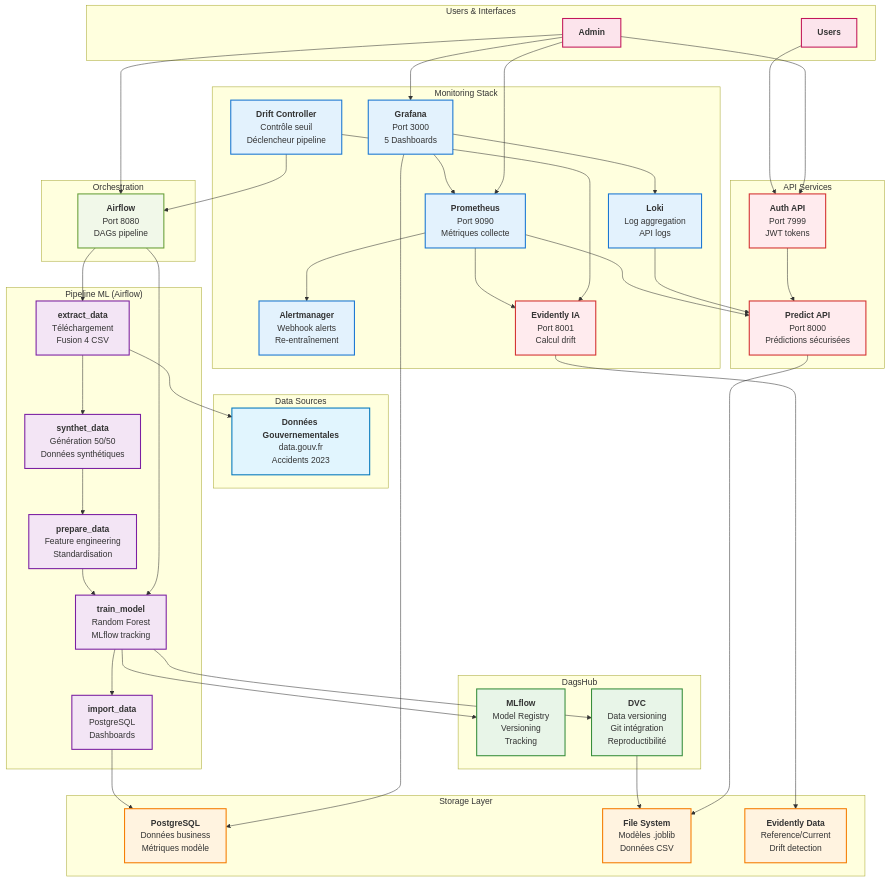
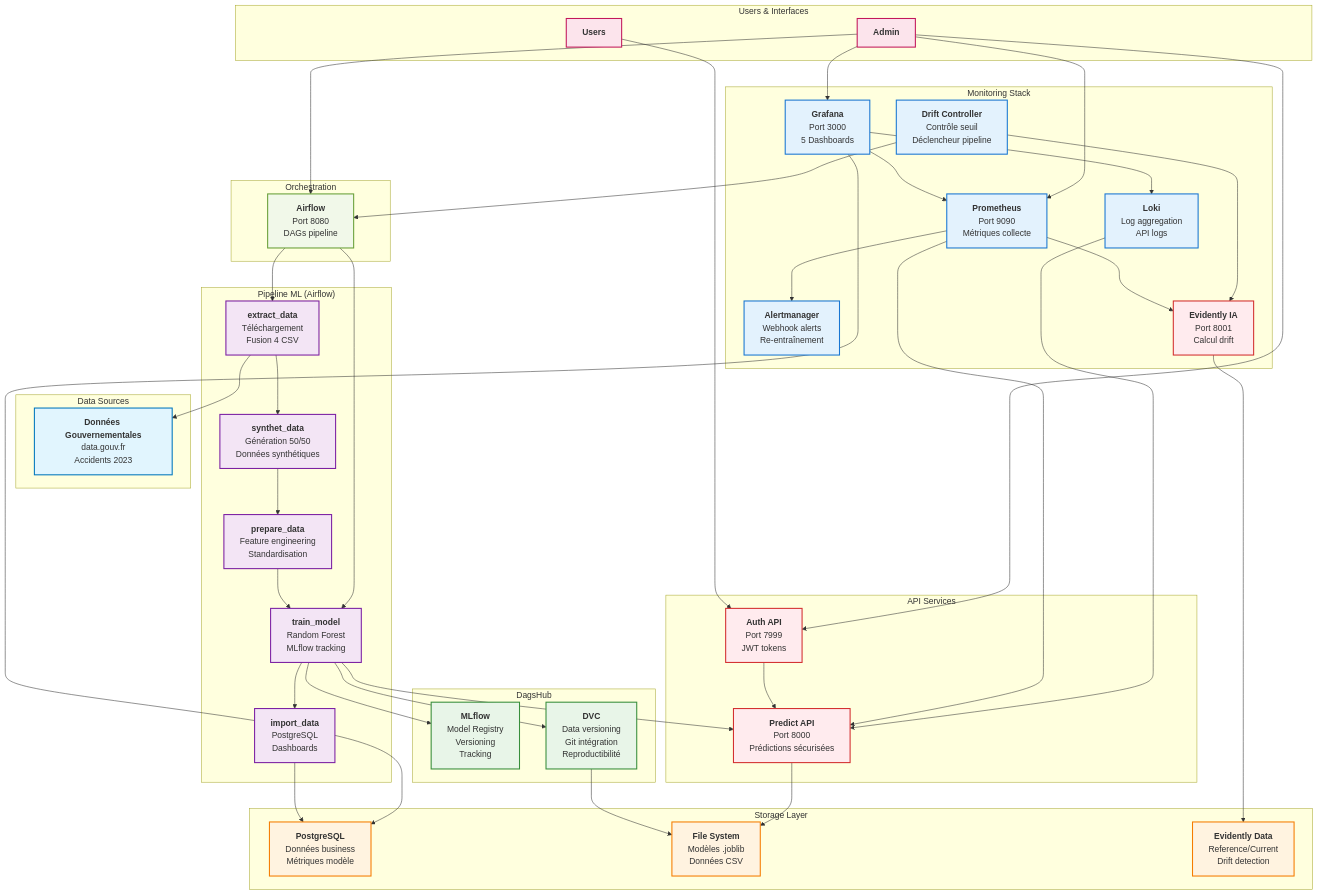
One commit to mclpfr/mlops-road-accidents changed the diagram in images/architecture.md. Above: the diagram before and after it, drawn with Mermaid.

```diff
--- a/images/architecture.md
+++ b/images/architecture.md
@@ -98,6 +98,7 @@
     %% MLOps connections
     TRAIN --> MLFLOW
     TRAIN --> DVC
+    TRAIN --> PREDICT
     DVC --> FILES
     %% API flows
     USERS --> AUTH
```
